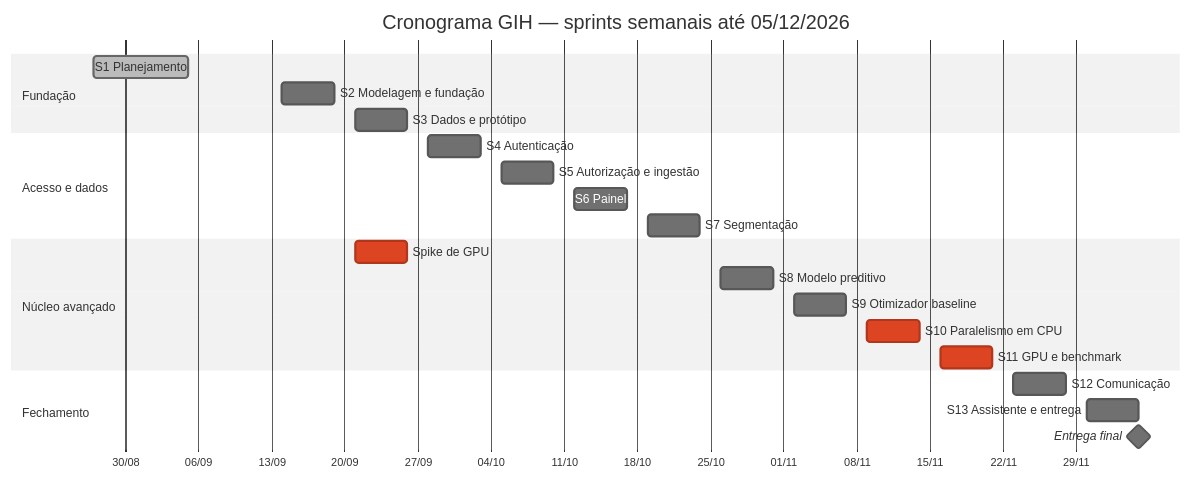
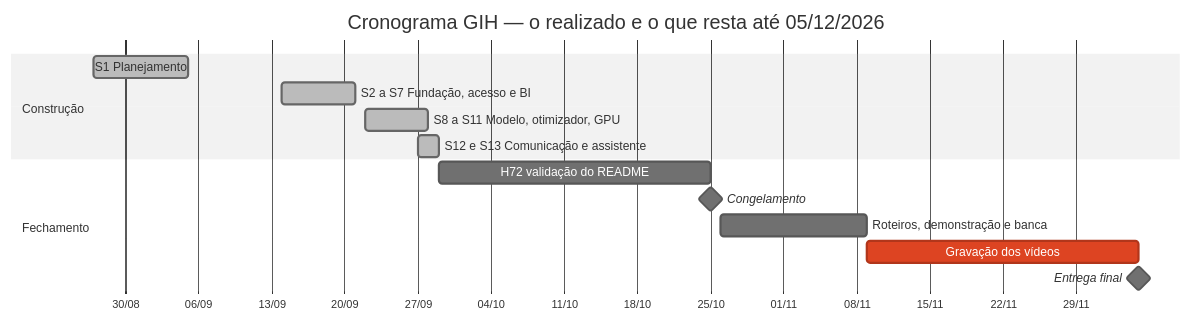
The diagram in docs/05-cronograma.md (PedroMiranda243/gih-fabrica-de-software), drawn with Mermaid (neutral theme) before and after one commit. The commit also changed other lines of this file, not shown here.

First line of the commit message:
docs: o cronograma com o calendário real, e a seção de riscos fechada

````diff
--- a/docs/05-cronograma.md
+++ b/docs/05-cronograma.md
@@ -90,29 +113,19 @@
 ```mermaid
 gantt
-    title Cronograma GIH — sprints semanais até 05/12/2026
+    title Cronograma GIH — o realizado e o que resta até 05/12/2026
     dateFormat YYYY-MM-DD
     axisFormat %d/%m
 
-    section Fundação
-    S1 Planejamento            :done, 2026-08-27, 2026-09-05
-    S2 Modelagem e fundação    :2026-09-14, 5d
-    S3 Dados e protótipo       :2026-09-21, 5d
-
-    section Acesso e dados
-    S4 Autenticação            :2026-09-28, 5d
-    S5 Autorização e ingestão  :2026-10-05, 5d
-    S6 Painel                  :2026-10-12, 5d
-    S7 Segmentação             :2026-10-19, 5d
-
-    section Núcleo avançado
-    Spike de GPU               :crit, 2026-09-21, 5d
-    S8 Modelo preditivo        :2026-10-26, 5d
-    S9 Otimizador baseline     :2026-11-02, 5d
-    S10 Paralelismo em CPU     :crit, 2026-11-09, 5d
-    S11 GPU e benchmark        :crit, 2026-11-16, 5d
+    section Construção
+    S1 Planejamento                 :done, 2026-08-27, 2026-09-05
+    S2 a S7 Fundação, acesso e BI   :done, 2026-09-14, 2026-09-21
+    S8 a S11 Modelo, otimizador, GPU :done, 2026-09-22, 2026-09-28
+    S12 e S13 Comunicação e assistente :done, 2026-09-27, 2026-09-29
 
     section Fechamento
-    S12 Comunicação            :2026-11-23, 5d
-    S13 Assistente e entrega   :2026-11-30, 5d
-    Entrega final              :milestone, 2026-12-05, 0d
+    H72 validação do README         :2026-09-29, 2026-10-25
+    Congelamento                    :milestone, 2026-10-25, 0d
+    Roteiros, demonstração e banca  :2026-10-26, 2026-11-09
+    Gravação dos vídeos             :crit, 2026-11-09, 2026-12-05
+    Entrega final                   :milestone, 2026-12-05, 0d
 ```
````
